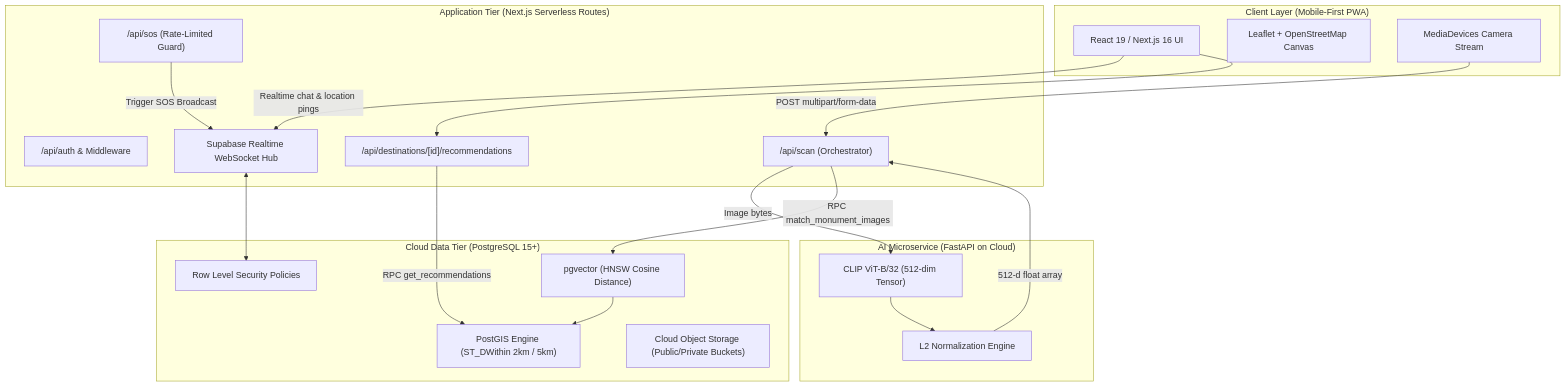
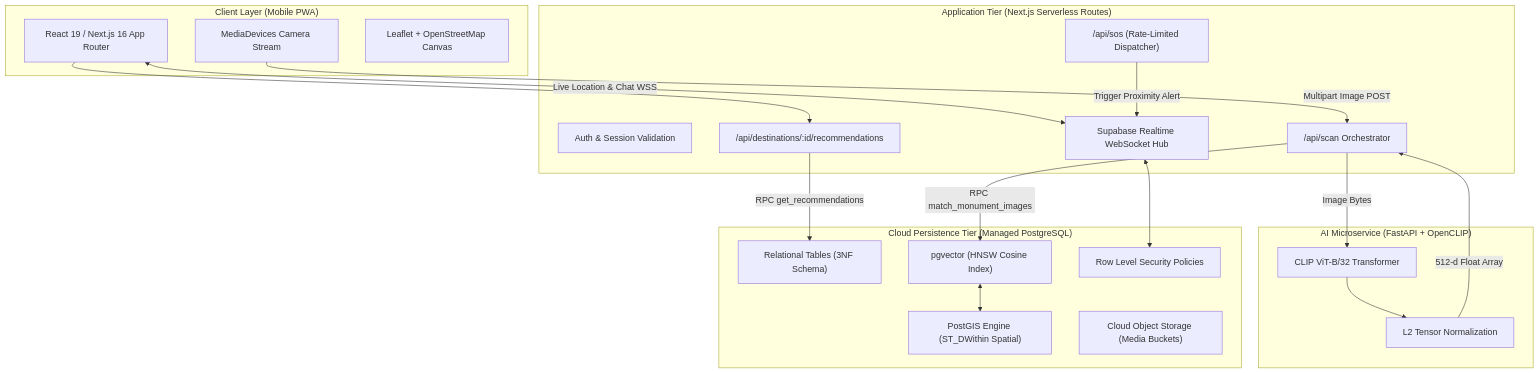
The diagram in README.md (ayyush-for-you/WanderLens), drawn with Mermaid before and after one commit. The commit also changed other lines of this file, not shown here.

````diff
--- a/README.md
+++ b/README.md
@@ -81,40 +35,40 @@
 ```mermaid
 flowchart TD
-    subgraph Client ["Client Layer (Mobile-First PWA)"]
-        Browser["React 19 / Next.js 16 UI"]
-        LeafletMap["Leaflet + OpenStreetMap Canvas"]
-        CamCapture["MediaDevices Camera Stream"]
+    subgraph Client ["Client Layer (Mobile PWA)"]
+        UI["React 19 / Next.js 16 App Router"]
+        Camera["MediaDevices Camera Stream"]
+        Map["Leaflet + OpenStreetMap Canvas"]
     end
 
     subgraph AppTier ["Application Tier (Next.js Serverless Routes)"]
-        AuthRoute["/api/auth & Middleware"]
-        ScanRoute["/api/scan (Orchestrator)"]
-        RecsRoute["/api/destinations/[id]/recommendations"]
-        SosRoute["/api/sos (Rate-Limited Guard)"]
-        RealtimeGW["Supabase Realtime WebSocket Hub"]
+        AuthRoute["Auth & Session Validation"]
+        ScanRoute["/api/scan Orchestrator"]
+        RecsRoute["/api/destinations/:id/recommendations"]
+        SosRoute["/api/sos (Rate-Limited Dispatcher)"]
+        RealtimeSocket["Supabase Realtime WebSocket Hub"]
     end
 
-    subgraph MLService ["AI Microservice (FastAPI on Cloud)"]
-        ClipModel["CLIP ViT-B/32 (512-dim Tensor)"]
-        NormEngine["L2 Normalization Engine"]
+    subgraph AIService ["AI Microservice (FastAPI + OpenCLIP)"]
+        ClipModel["CLIP ViT-B/32 Transformer"]
+        Norm["L2 Tensor Normalization"]
     end
 
-    subgraph CloudData ["Cloud Data Tier (PostgreSQL 15+)"]
-        PostGIS["PostGIS Engine (ST_DWithin 2km / 5km)"]
-        PgVector["pgvector (HNSW Cosine Distance)"]
+    subgraph DataTier ["Cloud Persistence Tier (Managed PostgreSQL)"]
+        Relational["Relational Tables (3NF Schema)"]
+        PgVector["pgvector (HNSW Cosine Index)"]
+        PostGIS["PostGIS Engine (ST_DWithin Spatial)"]
         RLS["Row Level Security Policies"]
-        CloudStorage["Cloud Object Storage (Public/Private Buckets)"]
+        Storage["Cloud Object Storage (Media Buckets)"]
     end
 
-    CamCapture -->|POST multipart/form-data| ScanRoute
-    ScanRoute -->|Image bytes| ClipModel
-    ClipModel --> NormEngine
-    NormEngine -->|512-d float array| ScanRoute
+    Camera -->|Multipart Image POST| ScanRoute
+    ScanRoute -->|Image Bytes| ClipModel
+    ClipModel --> Norm -->|512-d Float Array| ScanRoute
     ScanRoute -->|RPC match_monument_images| PgVector
-    PgVector --> PostGIS
-    Browser -->|Realtime chat & location pings| RealtimeGW
-    RealtimeGW <--> RLS
-    Browser --> RecsRoute
-    RecsRoute -->|RPC get_recommendations| PostGIS
-    SosRoute -->|Trigger SOS Broadcast| RealtimeGW
+    PgVector <--> PostGIS
+    UI <-->|Live Location & Chat WSS| RealtimeSocket
+    RealtimeSocket <--> RLS
+    UI --> RecsRoute
+    RecsRoute -->|RPC get_recommendations| Relational
+    SosRoute -->|Trigger Proximity Alert| RealtimeSocket
 ```
````
